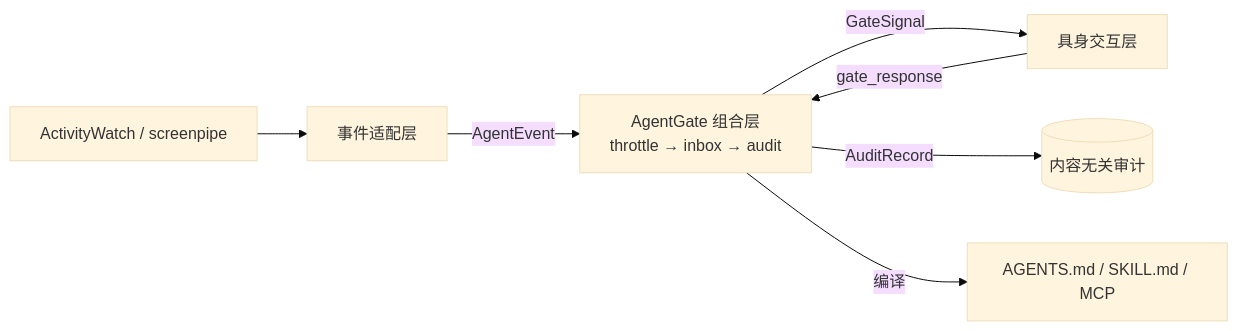
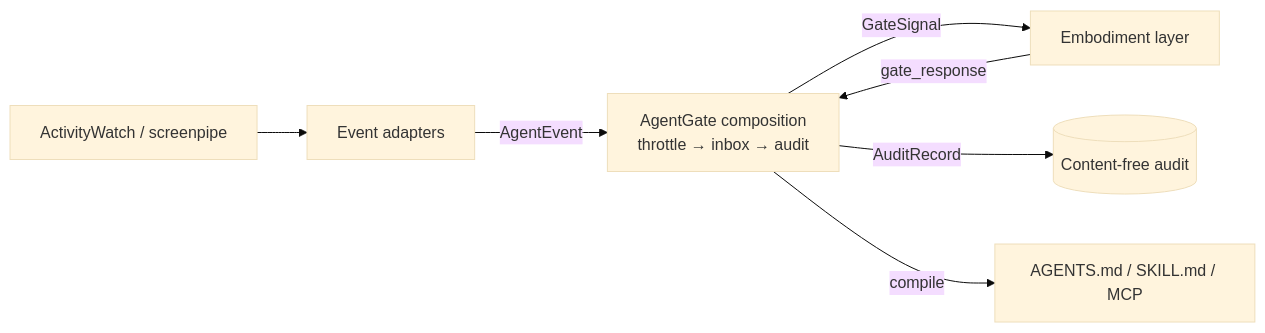
The diagram in README.md (hackmagic/AgentGate), drawn with Mermaid (base theme) before and after one commit. The commit also changed other lines of this file and 33 other files, not shown here.

````diff
--- a/README.md
+++ b/README.md
@@ -9,9 +9,9 @@
 ```mermaid
 flowchart LR
-  AW[ActivityWatch / screenpipe] --> ADAPT[事件适配层]
-  ADAPT -->|AgentEvent| GATE[AgentGate 组合层<br/>throttle → inbox → audit]
-  GATE -->|GateSignal| PET[具身交互层]
-  GATE -->|AuditRecord| AUDIT[(内容无关审计)]
-  PET -->|gate_response| GATE
-  GATE -->|编译| OUT[AGENTS.md / SKILL.md / MCP]
+  AW[ActivityWatch / screenpipe] --> ADAPT[Event adapters]
+  ADAPT -->|AgentEvent| GATE[AgentGate composition<br/>throttle → inbox → audit]
+  GATE -->|GateSignal| EMBODY[Embodiment layer]
+  GATE -->|AuditRecord| AUDIT[(Content-free audit)]
+  EMBODY -->|gate_response| GATE
+  GATE -->|compile| OUT[AGENTS.md / SKILL.md / MCP]
 ```
````
